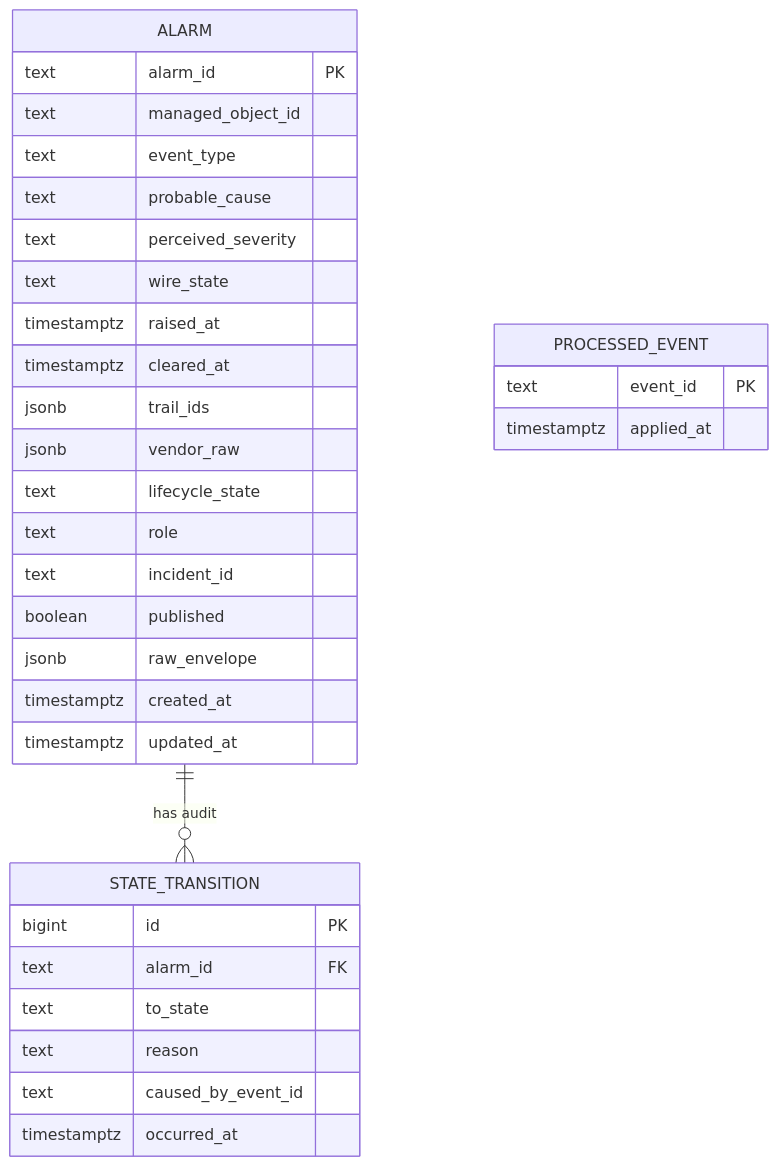
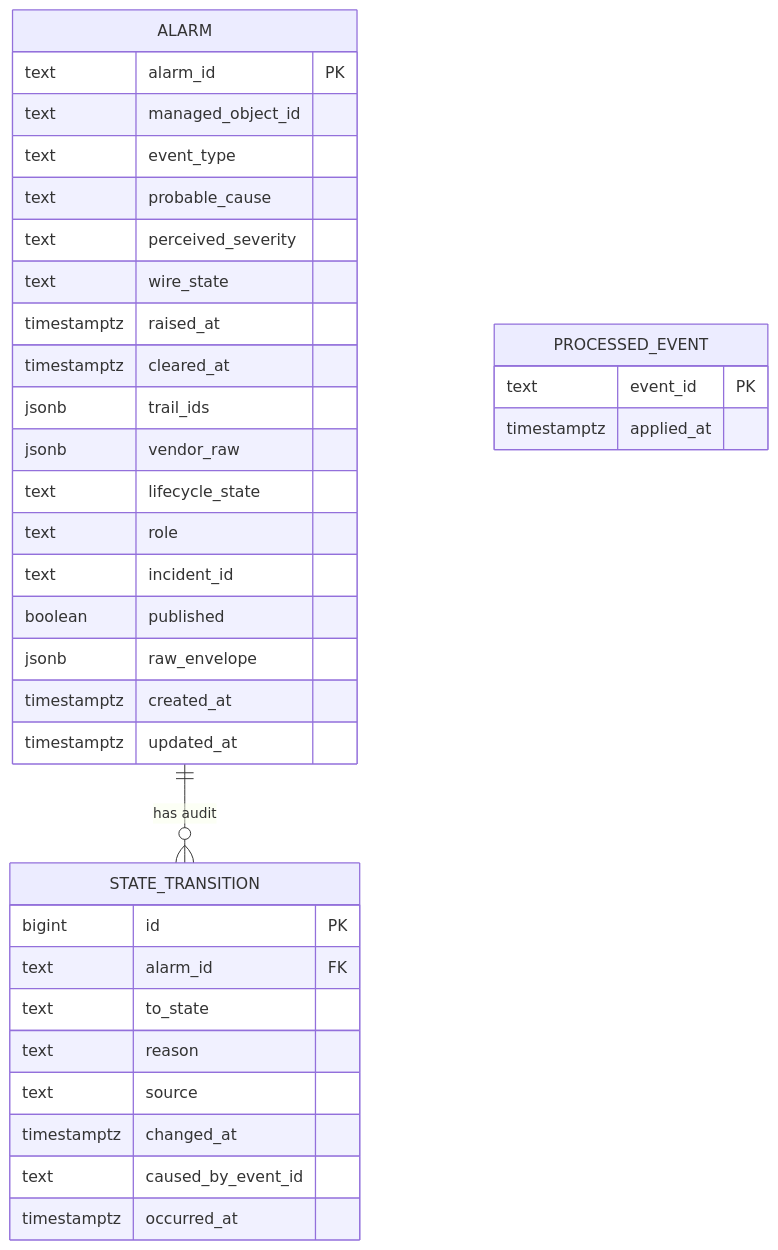
The second of 7 diagrams in services/alarm-manager/design.md (nikhilmohan/correlation-platform), drawn with Mermaid before and after one commit. The commit also changed other lines of this file, not shown here.

````diff
--- a/services/alarm-manager/design.md
+++ b/services/alarm-manager/design.md
@@ -124,35 +176,37 @@
 ```mermaid
 erDiagram
   ALARM ||--o{ STATE_TRANSITION : "has audit"
   PROCESSED_EVENT {
     text event_id PK
     timestamptz applied_at
   }
   ALARM {
     text alarm_id PK
     text managed_object_id
     text event_type
     text probable_cause
     text perceived_severity
     text wire_state
     timestamptz raised_at
     timestamptz cleared_at
     jsonb trail_ids
     jsonb vendor_raw
     text lifecycle_state
     text role
     text incident_id
     boolean published
     jsonb raw_envelope
     timestamptz created_at
     timestamptz updated_at
   }
   STATE_TRANSITION {
     bigint id PK
     text alarm_id FK
     text to_state
     text reason
+    text source
+    timestamptz changed_at
     text caused_by_event_id
     timestamptz occurred_at
   }
 ```
````
